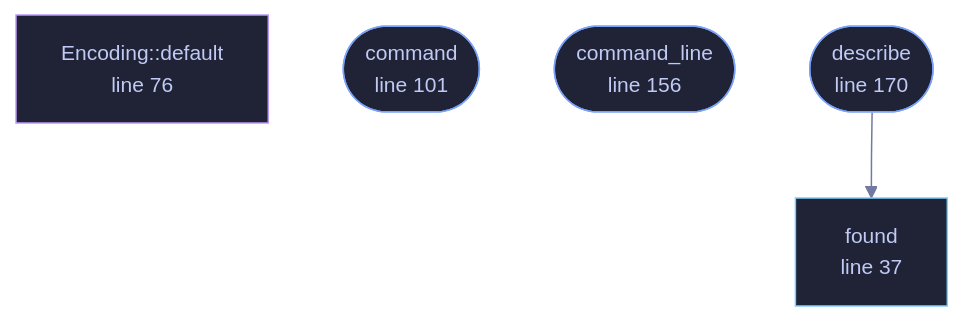
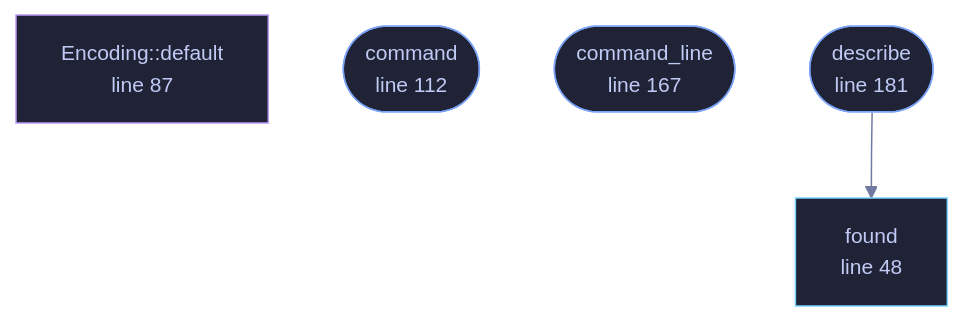
Before and after one commit to tilas01/veilvoice: the diagram in wiki/File-veilvoice-video-ffmpeg.md, drawn with Mermaid. The commit also changed other lines of this file and 487 other files, not shown here.

````diff
--- a/wiki/File-veilvoice-video-ffmpeg.md
+++ b/wiki/File-veilvoice-video-ffmpeg.md
@@ -70,21 +82,21 @@
 ```mermaid
 %%{init: {"theme":"base","themeVariables":{"background":"#1a1b26","primaryColor":"#1f2335","primaryTextColor":"#c0caf5","primaryBorderColor":"#7aa2f7","secondaryColor":"#16161e","tertiaryColor":"#16161e","lineColor":"#737aa2","textColor":"#c0caf5","mainBkg":"#1f2335","nodeBorder":"#7aa2f7","clusterBkg":"#16161e","clusterBorder":"#2f3549","fontFamily":"ui-monospace, SFMono-Regular, Consolas, monospace","fontSize":"14px"}}}%%
 flowchart TD
-    n_found["found<br/>line 37"]
-    n_default["Encoding::default<br/>line 76"]
-    n_command(["command<br/>line 101"])
-    n_command_line(["command_line<br/>line 156"])
-    n_describe(["describe<br/>line 170"])
+    n_found["found<br/>line 48"]
+    n_default["Encoding::default<br/>line 87"]
+    n_command(["command<br/>line 112"])
+    n_command_line(["command_line<br/>line 167"])
+    n_describe(["describe<br/>line 181"])
     n_describe --> n_found
-    click n_found href "https://github.com/tilas01/veilvoice/blob/main/crates/veilvoice-video/src/ffmpeg.rs#L37" "open the source"
-    click n_default href "https://github.com/tilas01/veilvoice/blob/main/crates/veilvoice-video/src/ffmpeg.rs#L76" "open the source"
-    click n_command href "https://github.com/tilas01/veilvoice/blob/main/crates/veilvoice-video/src/ffmpeg.rs#L101" "open the source"
-    click n_command_line href "https://github.com/tilas01/veilvoice/blob/main/crates/veilvoice-video/src/ffmpeg.rs#L156" "open the source"
-    click n_describe href "https://github.com/tilas01/veilvoice/blob/main/crates/veilvoice-video/src/ffmpeg.rs#L170" "open the source"
+    click n_found href "https://github.com/tilas01/veilvoice/blob/main/crates/veilvoice-video/src/ffmpeg.rs#L48" "open the source"
+    click n_default href "https://github.com/tilas01/veilvoice/blob/main/crates/veilvoice-video/src/ffmpeg.rs#L87" "open the source"
+    click n_command href "https://github.com/tilas01/veilvoice/blob/main/crates/veilvoice-video/src/ffmpeg.rs#L112" "open the source"
+    click n_command_line href "https://github.com/tilas01/veilvoice/blob/main/crates/veilvoice-video/src/ffmpeg.rs#L167" "open the source"
+    click n_describe href "https://github.com/tilas01/veilvoice/blob/main/crates/veilvoice-video/src/ffmpeg.rs#L181" "open the source"
     classDef entry fill:#1f2335,stroke:#7aa2f7,color:#c0caf5
     class n_command,n_command_line,n_describe entry
     classDef api fill:#1f2335,stroke:#7dcfff,color:#c0caf5
     class n_found api
     classDef helper fill:#1f2335,stroke:#bb9af7,color:#c0caf5
     class n_default helper
 ```
````
